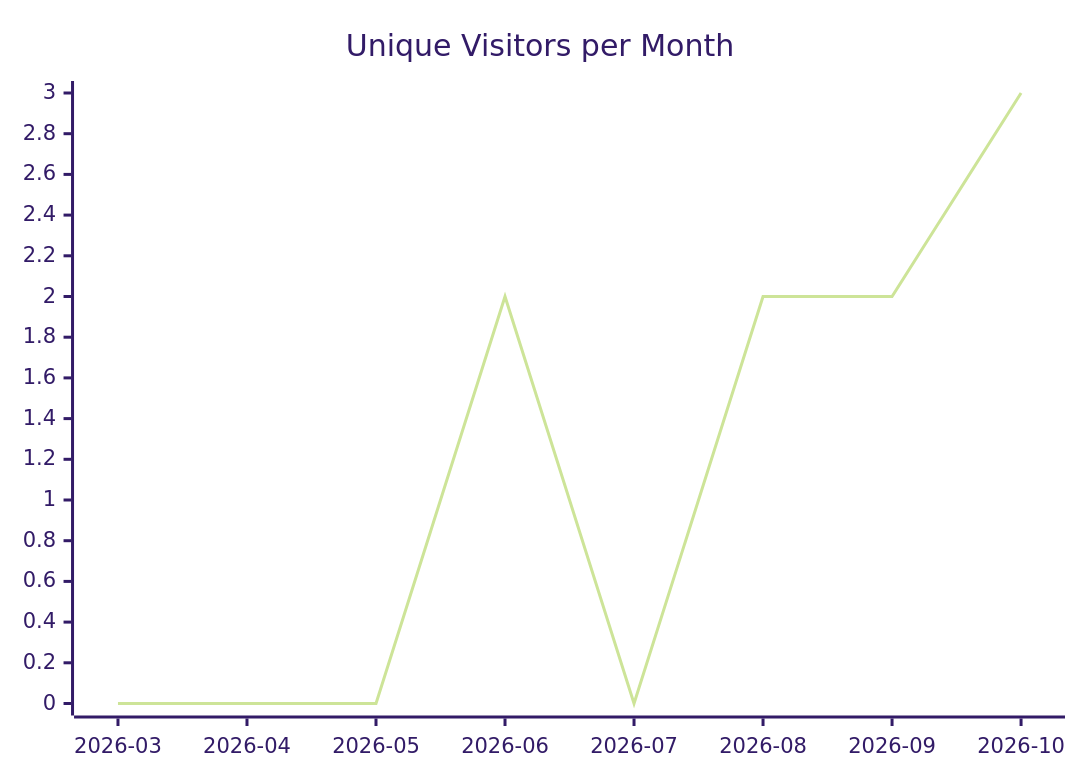
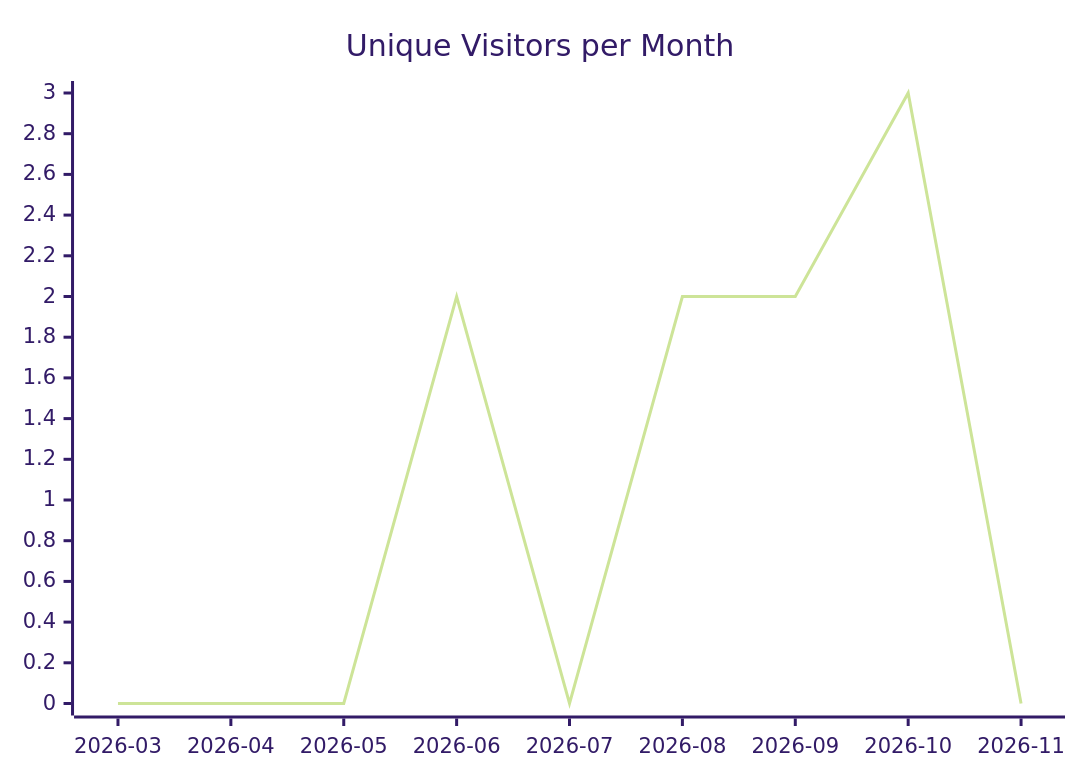
The first of 3 diagrams in karlmdavis/ansible-role-ldap/README.md (justdavis-family/github-analytics-data), drawn with Mermaid (forest theme) before and after one commit. The commit also changed other lines of this file and 201 other files, not shown here.

````diff
--- a/karlmdavis/ansible-role-ldap/README.md
+++ b/karlmdavis/ansible-role-ldap/README.md
@@ -5,6 +5,6 @@
 ```mermaid
 xychart-beta
   title "Unique Visitors per Month"
-  x-axis ["2026-03", "2026-04", "2026-05", "2026-06", "2026-07", "2026-08", "2026-09", "2026-10"]
-  line [0, 0, 0, 2, 0, 2, 2, 3]
+  x-axis ["2026-03", "2026-04", "2026-05", "2026-06", "2026-07", "2026-08", "2026-09", "2026-10", "2026-11"]
+  line [0, 0, 0, 2, 0, 2, 2, 3, 0]
 ```
````
